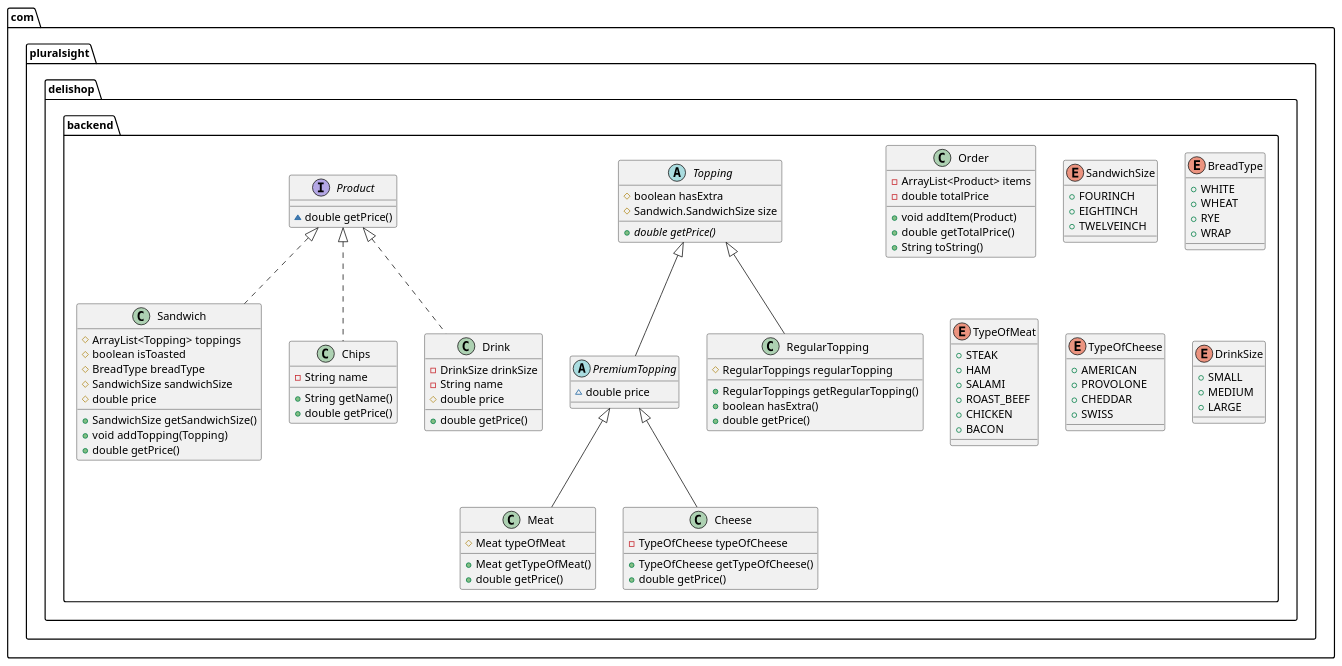
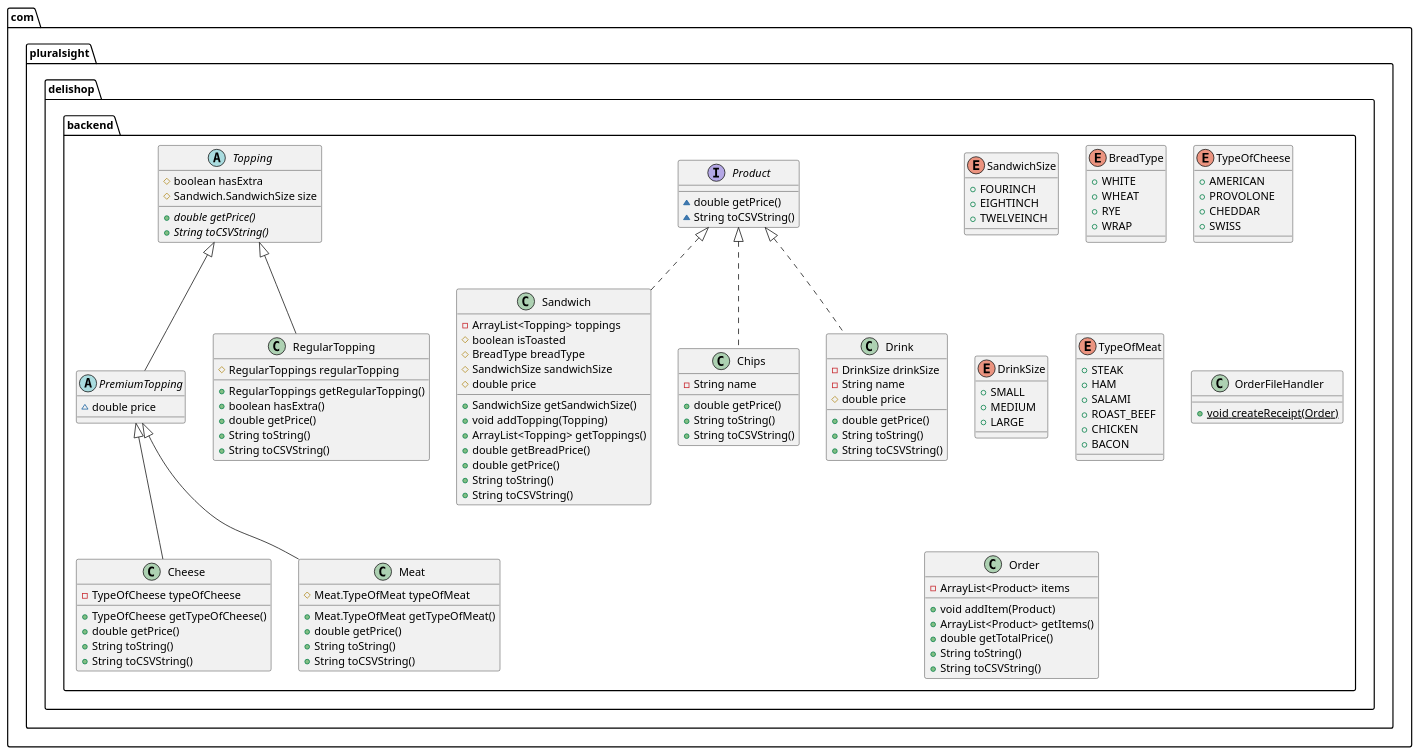
One commit to Revilite/deli-shop changed the diagram in Diagram.puml. Above: the diagram before and after it, drawn with PlantUML. The commit also changed 15 other files, not shown here.

```diff
--- a/Diagram.puml
+++ b/Diagram.puml
@@ -1,119 +1,139 @@
 @startuml
-abstract class com.pluralsight.delishop.backend.Topping {
-# boolean hasExtra
-# Sandwich.SandwichSize size
-+ {abstract}double getPrice()
-}
-
-
-class com.pluralsight.delishop.backend.Order {
-- ArrayList<Product> items
-- double totalPrice
-+ void addItem(Product)
-+ double getTotalPrice()
-+ String toString()
-}
-
-
 abstract class com.pluralsight.delishop.backend.PremiumTopping {
 ~ double price
 }
 
-class com.pluralsight.delishop.backend.RegularTopping {
-# RegularToppings regularTopping
-+ RegularToppings getRegularTopping()
-+ boolean hasExtra()
-+ double getPrice()
-}
-
-
 class com.pluralsight.delishop.backend.Sandwich {
-# ArrayList<Topping> toppings
+- ArrayList<Topping> toppings
 # boolean isToasted
 # BreadType breadType
 # SandwichSize sandwichSize
 # double price
 + SandwichSize getSandwichSize()
 + void addTopping(Topping)
++ ArrayList<Topping> getToppings()
++ double getBreadPrice()
 + double getPrice()
++ String toString()
++ String toCSVString()
 }
 
 
 enum com.pluralsight.delishop.backend.SandwichSize {
 +  FOURINCH
 +  EIGHTINCH
 +  TWELVEINCH
 }
 
 enum com.pluralsight.delishop.backend.BreadType {
 +  WHITE
 +  WHEAT
 +  RYE
 +  WRAP
 }
 
 interface com.pluralsight.delishop.backend.Product {
 ~ double getPrice()
+~ String toCSVString()
 }
 
+class com.pluralsight.delishop.backend.Cheese {
+- TypeOfCheese typeOfCheese
++ TypeOfCheese getTypeOfCheese()
++ double getPrice()
++ String toString()
++ String toCSVString()
+}
+
+
+enum com.pluralsight.delishop.backend.TypeOfCheese {
++  AMERICAN
++  PROVOLONE
++  CHEDDAR
++  SWISS
+}
+
+class com.pluralsight.delishop.backend.Chips {
+- String name
++ double getPrice()
++ String toString()
++ String toCSVString()
+}
+
+
+class com.pluralsight.delishop.backend.Drink {
+- DrinkSize drinkSize
+- String name
+# double price
++ double getPrice()
++ String toString()
++ String toCSVString()
+}
+
+
+enum com.pluralsight.delishop.backend.DrinkSize {
++  SMALL
++  MEDIUM
++  LARGE
+}
+
+class com.pluralsight.delishop.backend.RegularTopping {
+# RegularToppings regularTopping
++ RegularToppings getRegularTopping()
++ boolean hasExtra()
++ double getPrice()
++ String toString()
++ String toCSVString()
+}
+
+
 class com.pluralsight.delishop.backend.Meat {
-# Meat typeOfMeat
-+ Meat getTypeOfMeat()
+# Meat.TypeOfMeat typeOfMeat
++ Meat.TypeOfMeat getTypeOfMeat()
 + double getPrice()
++ String toString()
++ String toCSVString()
 }
 
 
 enum com.pluralsight.delishop.backend.TypeOfMeat {
 +  STEAK
 +  HAM
 +  SALAMI
 +  ROAST_BEEF
 +  CHICKEN
 +  BACON
 }
 
-class com.pluralsight.delishop.backend.Cheese {
-- TypeOfCheese typeOfCheese
-+ TypeOfCheese getTypeOfCheese()
-+ double getPrice()
+abstract class com.pluralsight.delishop.backend.Topping {
+# boolean hasExtra
+# Sandwich.SandwichSize size
++ {abstract}double getPrice()
++ {abstract}String toCSVString()
 }
 
 
-enum com.pluralsight.delishop.backend.TypeOfCheese {
-+  AMERICAN
-+  PROVOLONE
-+  CHEDDAR
-+  SWISS
+class com.pluralsight.delishop.backend.OrderFileHandler {
++ {static} void createReceipt(Order)
 }
 
-class com.pluralsight.delishop.backend.Chips {
-- String name
-+ String getName()
-+ double getPrice()
-}
-
-
-class com.pluralsight.delishop.backend.Drink {
-- DrinkSize drinkSize
-- String name
-# double price
-+ double getPrice()
-}
-
-
-enum com.pluralsight.delishop.backend.DrinkSize {
-+  SMALL
-+  MEDIUM
-+  LARGE
+class com.pluralsight.delishop.backend.Order {
+- ArrayList<Product> items
++ void addItem(Product)
++ ArrayList<Product> getItems()
++ double getTotalPrice()
++ String toString()
++ String toCSVString()
 }
 
 
 
+
 com.pluralsight.delishop.backend.Topping <|-- com.pluralsight.delishop.backend.PremiumTopping
-com.pluralsight.delishop.backend.Topping <|-- com.pluralsight.delishop.backend.RegularTopping
 com.pluralsight.delishop.backend.Product <|.. com.pluralsight.delishop.backend.Sandwich
-com.pluralsight.delishop.backend.PremiumTopping <|-- com.pluralsight.delishop.backend.Meat
 com.pluralsight.delishop.backend.PremiumTopping <|-- com.pluralsight.delishop.backend.Cheese
 com.pluralsight.delishop.backend.Product <|.. com.pluralsight.delishop.backend.Chips
 com.pluralsight.delishop.backend.Product <|.. com.pluralsight.delishop.backend.Drink
+com.pluralsight.delishop.backend.Topping <|-- com.pluralsight.delishop.backend.RegularTopping
+com.pluralsight.delishop.backend.PremiumTopping <|-- com.pluralsight.delishop.backend.Meat
 @enduml
```
